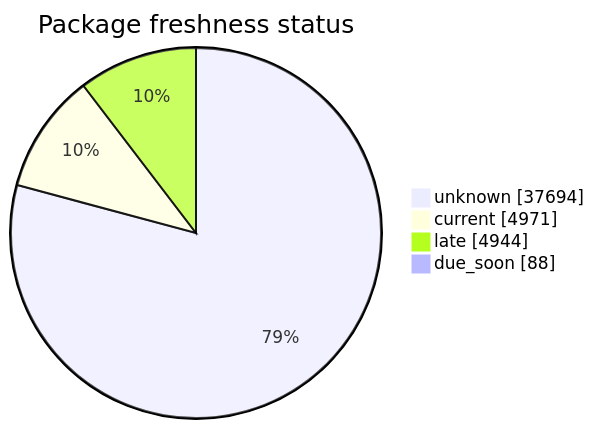
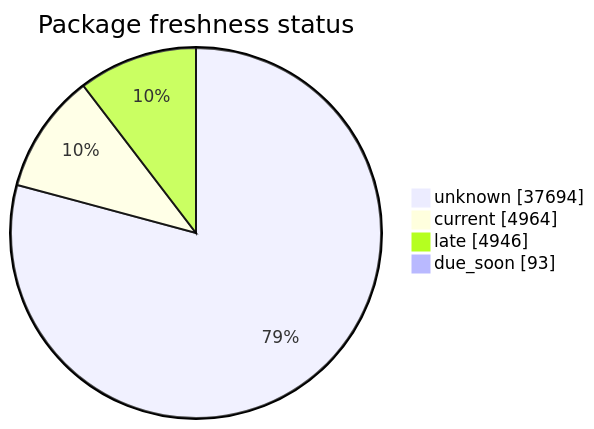
Before and after one commit to open-data/analytics-corporate-reporting: the second of 5 diagrams in FreshCheck/README.md, drawn with Mermaid. The commit also changed other lines of this file and 3 other files, not shown here.

````diff
--- a/FreshCheck/README.md
+++ b/FreshCheck/README.md
@@ -68,7 +68,7 @@
 ```mermaid
 pie showData title Package freshness status
     "unknown": 37694
-    "current": 4971
-    "late": 4944
-    "due_soon": 88
+    "current": 4964
+    "late": 4946
+    "due_soon": 93
 ```
````
